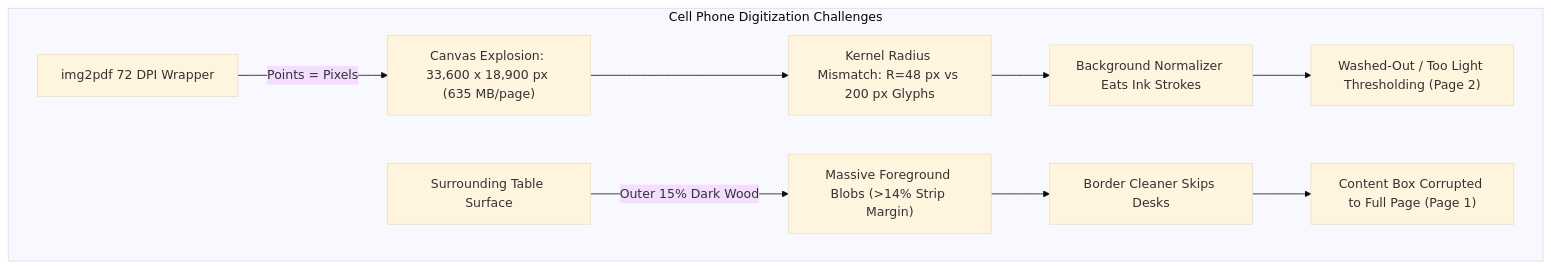
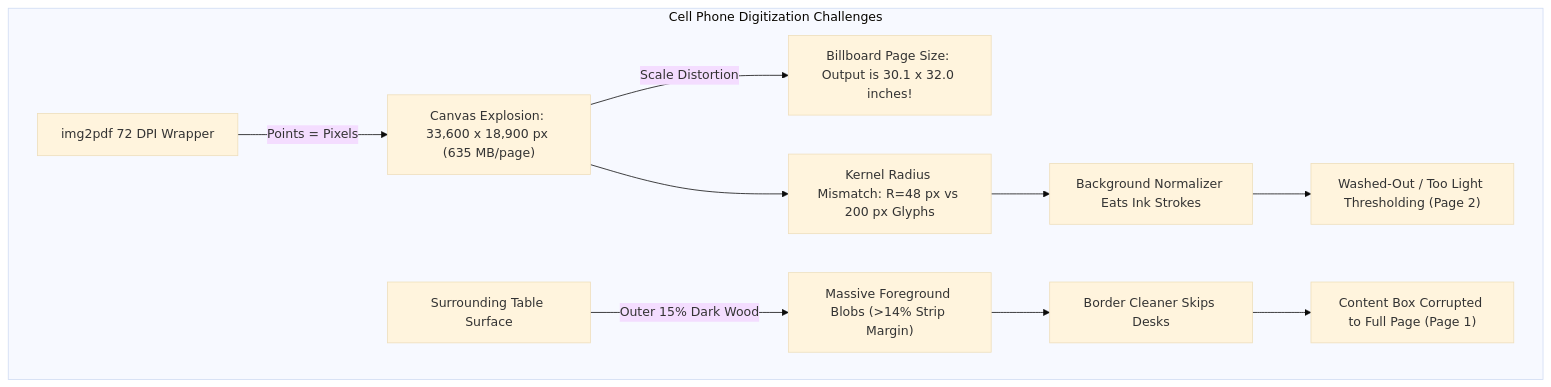
Before and after one commit to AthanasiusOfAlex/ScanTailorReborn: the first of 2 diagrams in docs/WHITE_PAPER.md, drawn with Mermaid (base theme). The commit also changed other lines of this file, not shown here.

Commit message:
Incorporate Agent-in-the-Loop philosophy and physical scale criteria into white paper

````diff
--- a/docs/WHITE_PAPER.md
+++ b/docs/WHITE_PAPER.md
@@ -88,13 +108,14 @@
 ```mermaid
 flowchart TD
     subgraph MobileCaptureIssues["Cell Phone Digitization Challenges"]
         A["img2pdf 72 DPI Wrapper"] -->|Points = Pixels| B["Canvas Explosion: 33,600 x 18,900 px (635 MB/page)"]
+        B -->|Scale Distortion| K["Billboard Page Size: Output is 30.1 x 32.0 inches!"]
         B --> C["Kernel Radius Mismatch: R=48 px vs 200 px Glyphs"]
         C --> D["Background Normalizer Eats Ink Strokes"]
         D --> E["Washed-Out / Too Light Thresholding (Page 2)"]
         
         F["Surrounding Table Surface"] -->|Outer 15% Dark Wood| G["Massive Foreground Blobs (>14% Strip Margin)"]
         G --> H["Border Cleaner Skips Desks"]
         H --> I["Content Box Corrupted to Full Page (Page 1)"]
     end
 ```
````
